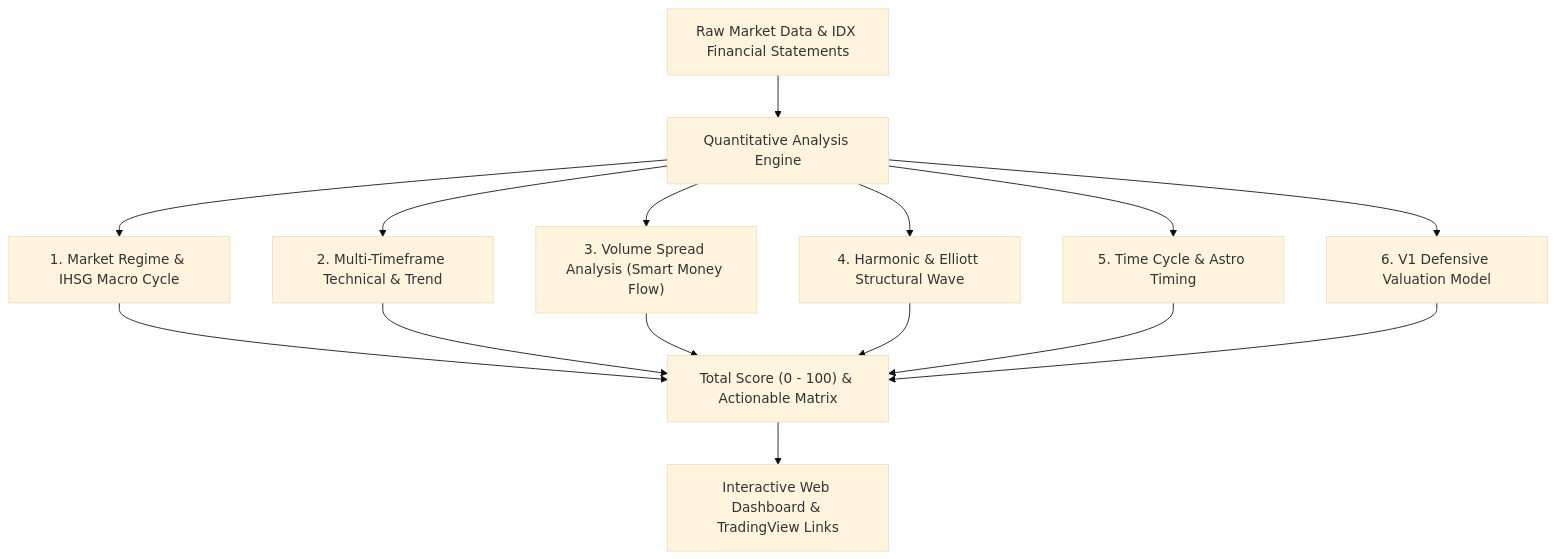
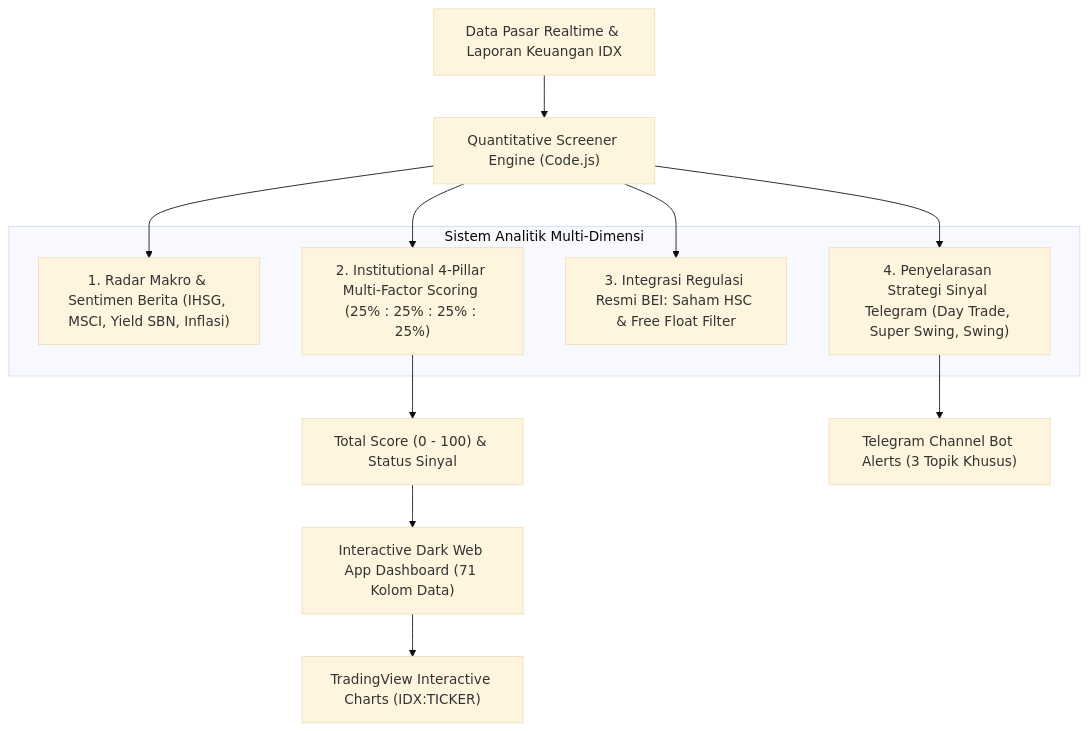
Before and after one commit to oriezt/oriezt.github.io: the diagram in README.md, drawn with Mermaid (base theme). The commit also changed other lines of this file, not shown here.

First line of the commit message:
Revise README for OB IDX Screener Dashboard v2.9.0

````diff
--- a/README.md
+++ b/README.md
@@ -28,14 +34,21 @@
 ```mermaid
 flowchart TD
-    A["Raw Market Data & IDX Financial Statements"] --> B["Quantitative Analysis Engine"]
+    A["Data Pasar Realtime & Laporan Keuangan IDX"] --> B["Quantitative Screener Engine (Code.js)"]
     
-    B --> C["1. Market Regime & IHSG Macro Cycle"]
-    B --> D["2. Multi-Timeframe Technical & Trend"]
-    B --> E["3. Volume Spread Analysis (Smart Money Flow)"]
-    B --> F["4. Harmonic & Elliott Structural Wave"]
-    B --> G["5. Time Cycle & Astro Timing"]
-    B --> H["6. V1 Defensive Valuation Model"]
+    subgraph Engine["Sistem Analitik Multi-Dimensi"]
+        C["1. Radar Makro & Sentimen Berita (IHSG, MSCI, Yield SBN, Inflasi)"]
+        D["2. Institutional 4-Pillar Multi-Factor Scoring (25% : 25% : 25% : 25%)"]
+        E["3. Integrasi Regulasi Resmi BEI: Saham HSC & Free Float Filter"]
+        F["4. Penyelarasan Strategi Sinyal Telegram (Day Trade, Super Swing, Swing)"]
+    end
     
-    C & D & E & F & G & H --> I["Total Score (0 - 100) & Actionable Matrix"]
-    I --> J["Interactive Web Dashboard & TradingView Links"]
+    B --> C
+    B --> D
+    B --> E
+    B --> F
+    
+    D --> G["Total Score (0 - 100) & Status Sinyal"]
+    F --> H["Telegram Channel Bot Alerts (3 Topik Khusus)"]
+    G --> I["Interactive Dark Web App Dashboard (71 Kolom Data)"]
+    I --> J["TradingView Interactive Charts (IDX:TICKER)"]
 ```
````
